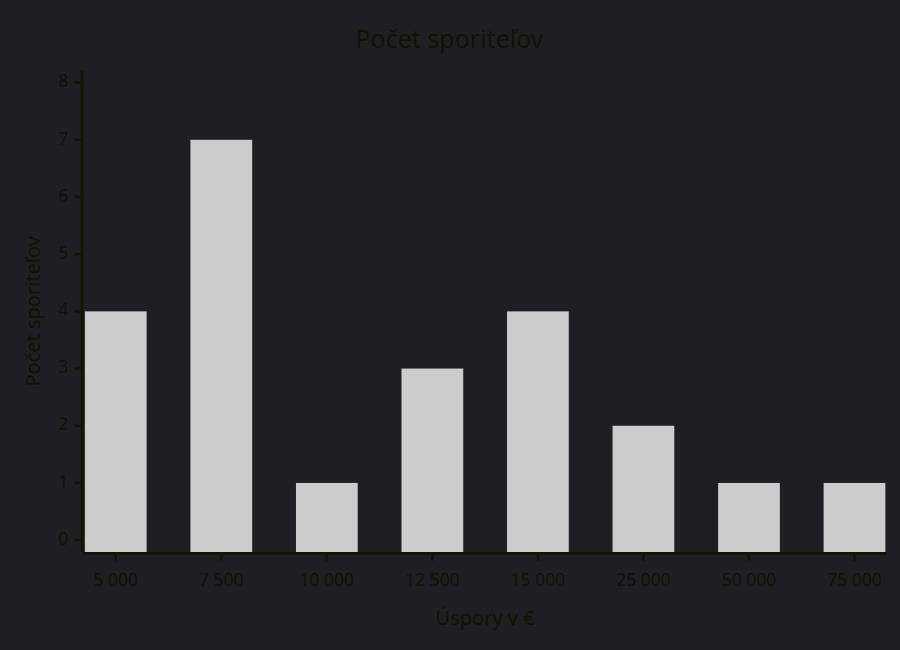
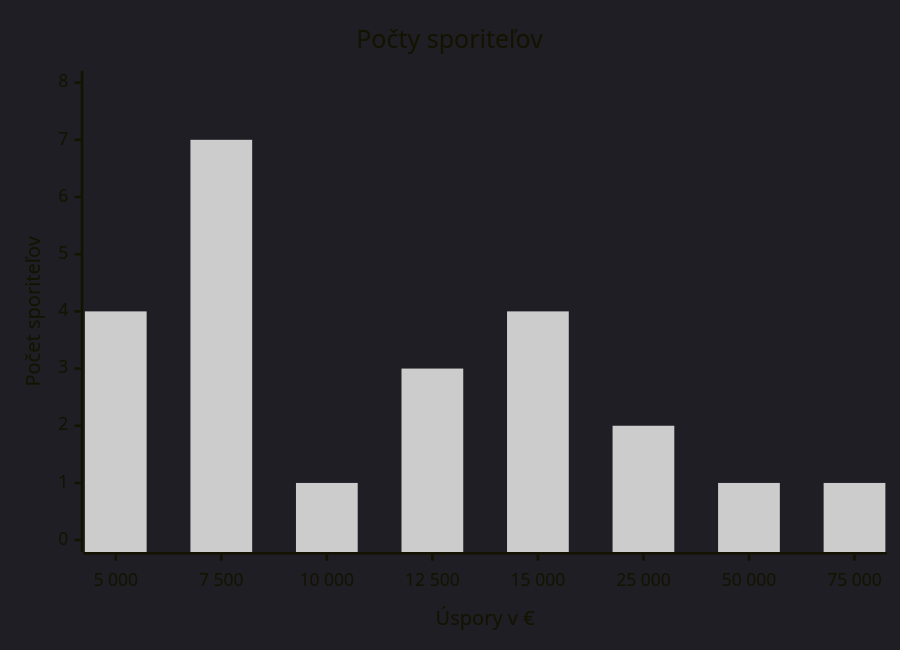
The diagram in zadania/zadania.md (vyrvamarek/maturita-mat), drawn with Mermaid before and after one commit. The commit also changed other lines of this file, not shown here.

````diff
--- a/zadania/zadania.md
+++ b/zadania/zadania.md
@@ -236,8 +231,8 @@
 ```mermaid
 %%{init: { 'theme': 'dark', 'themeVariables': { 'background': 'transparent', 'xyChart': {'backgroundColor': 'transparent', 'plotColorPalette': '#00000'} } }}%%
 xychart-beta
-    title "Počet sporiteľov"
+    title "Počty sporiteľov"
     x-axis "Úspory v €" ["5 000", "7 500", "10 000", "12 500", "15 000", "25 000", "50 000", "75 000"]
     y-axis "Počet sporiteľov" 0 --> 8
     bar [4, 7, 1, 3, 4, 2, 1, 1]
 ```
````
